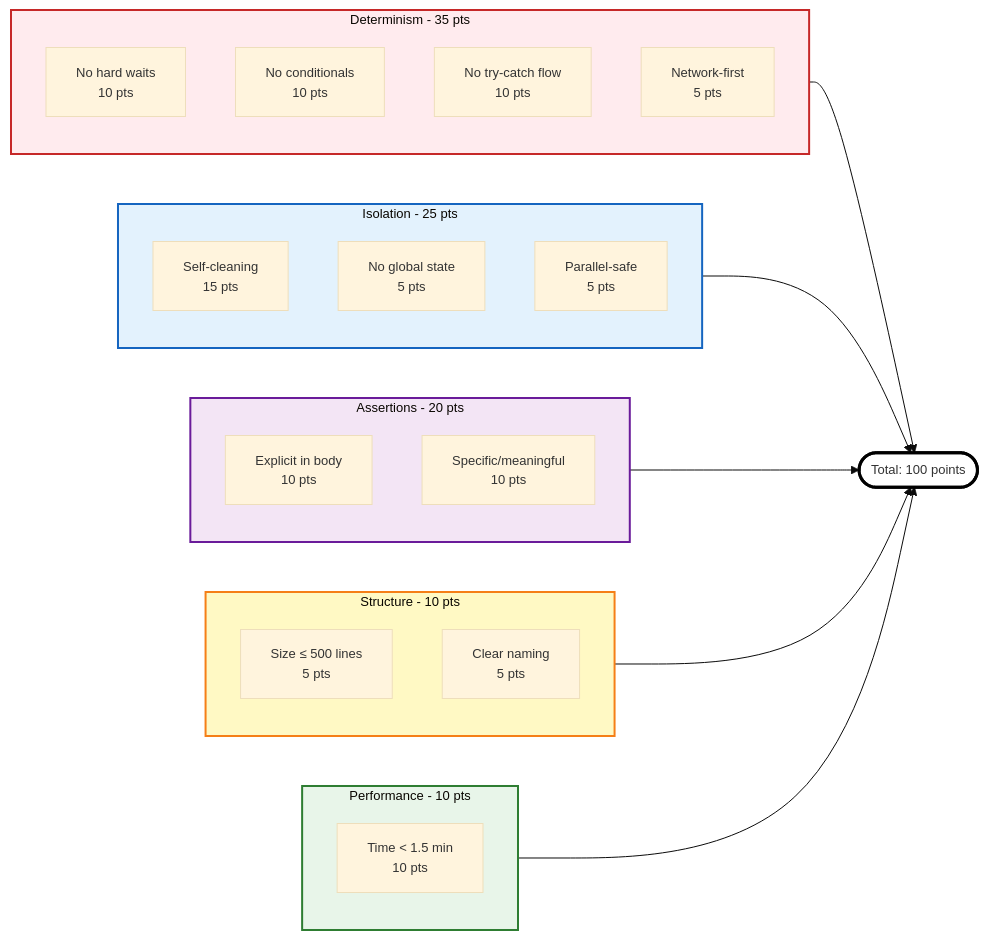
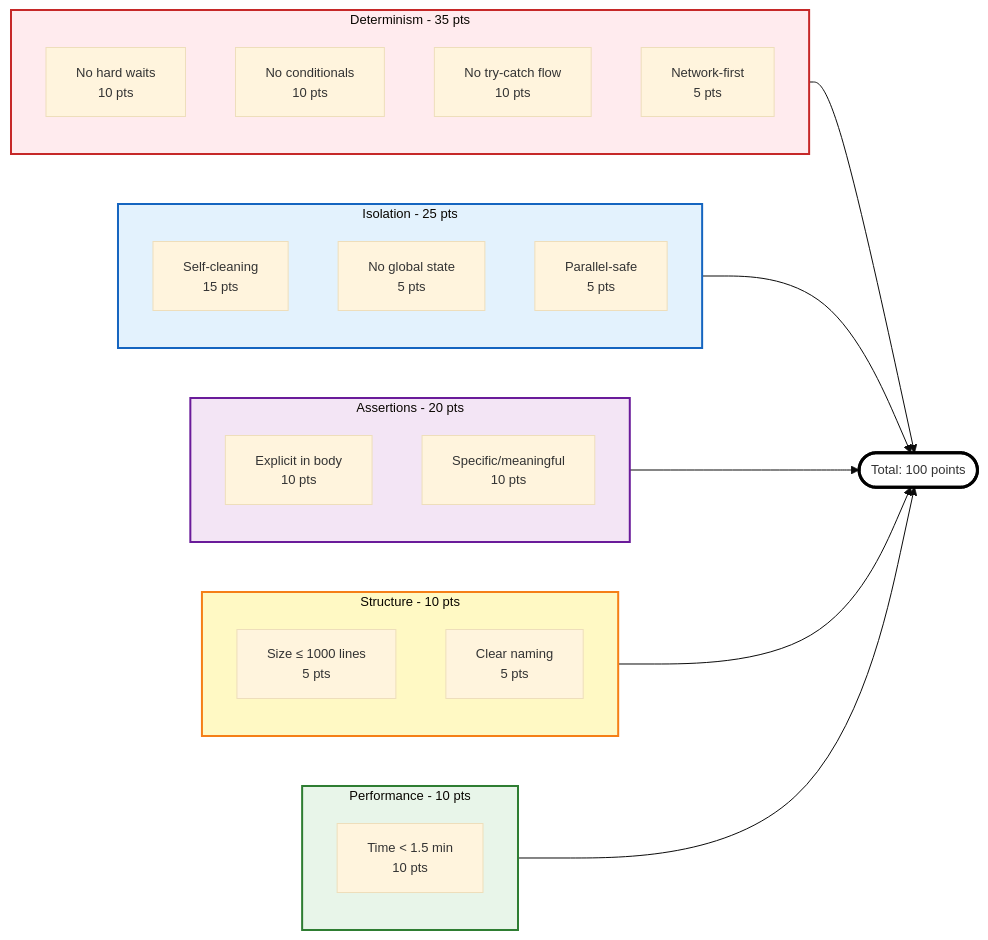
Before and after one commit to bmad-code-org/bmad-method-test-architecture-enterprise: the second of 2 diagrams in docs/explanation/test-quality-standards.md, drawn with Mermaid. The commit also changed other lines of this file and 21 other files, not shown here.

````diff
--- a/docs/explanation/test-quality-standards.md
+++ b/docs/explanation/test-quality-standards.md
@@ -590,43 +590,43 @@
 ```mermaid
 %%{init: {'theme':'base', 'themeVariables': { 'fontSize':'13px'}}}%%
 flowchart LR
     subgraph Det[Determinism - 35 pts]
         D1[No hard waits<br/>10 pts]
         D2[No conditionals<br/>10 pts]
         D3[No try-catch flow<br/>10 pts]
         D4[Network-first<br/>5 pts]
     end
 
     subgraph Iso[Isolation - 25 pts]
         I1[Self-cleaning<br/>15 pts]
         I2[No global state<br/>5 pts]
         I3[Parallel-safe<br/>5 pts]
     end
 
     subgraph Assrt[Assertions - 20 pts]
         A1[Explicit in body<br/>10 pts]
         A2[Specific/meaningful<br/>10 pts]
     end
 
     subgraph Struct[Structure - 10 pts]
-        S1[Size ≤ 500 lines<br/>5 pts]
+        S1[Size ≤ 1000 lines<br/>5 pts]
         S2[Clear naming<br/>5 pts]
     end
 
     subgraph Perf[Performance - 10 pts]
         P1[Time < 1.5 min<br/>10 pts]
     end
 
     Det --> Total([Total: 100 points])
     Iso --> Total
     Assrt --> Total
     Struct --> Total
     Perf --> Total
 
     style Det fill:#ffebee,stroke:#c62828,stroke-width:2px
     style Iso fill:#e3f2fd,stroke:#1565c0,stroke-width:2px
     style Assrt fill:#f3e5f5,stroke:#6a1b9a,stroke-width:2px
     style Struct fill:#fff9c4,stroke:#f57f17,stroke-width:2px
     style Perf fill:#e8f5e9,stroke:#2e7d32,stroke-width:2px
     style Total fill:#fff,stroke:#000,stroke-width:3px
 ```
````
